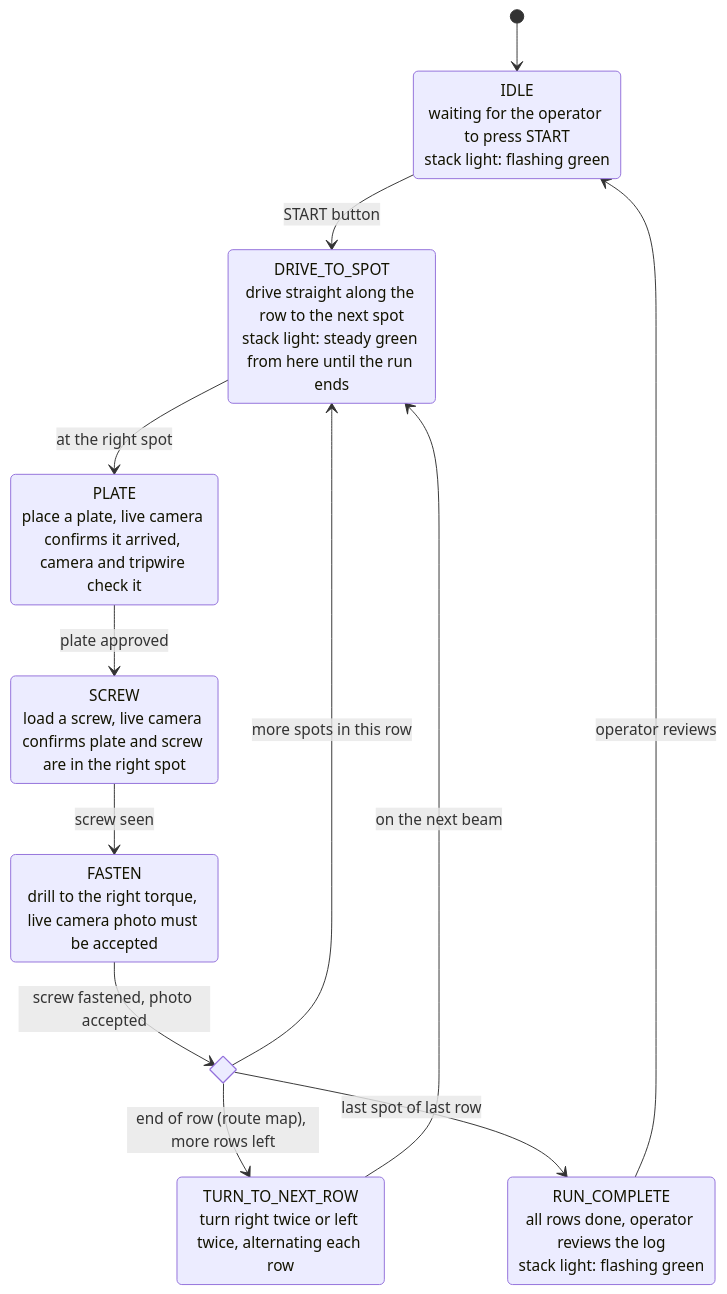
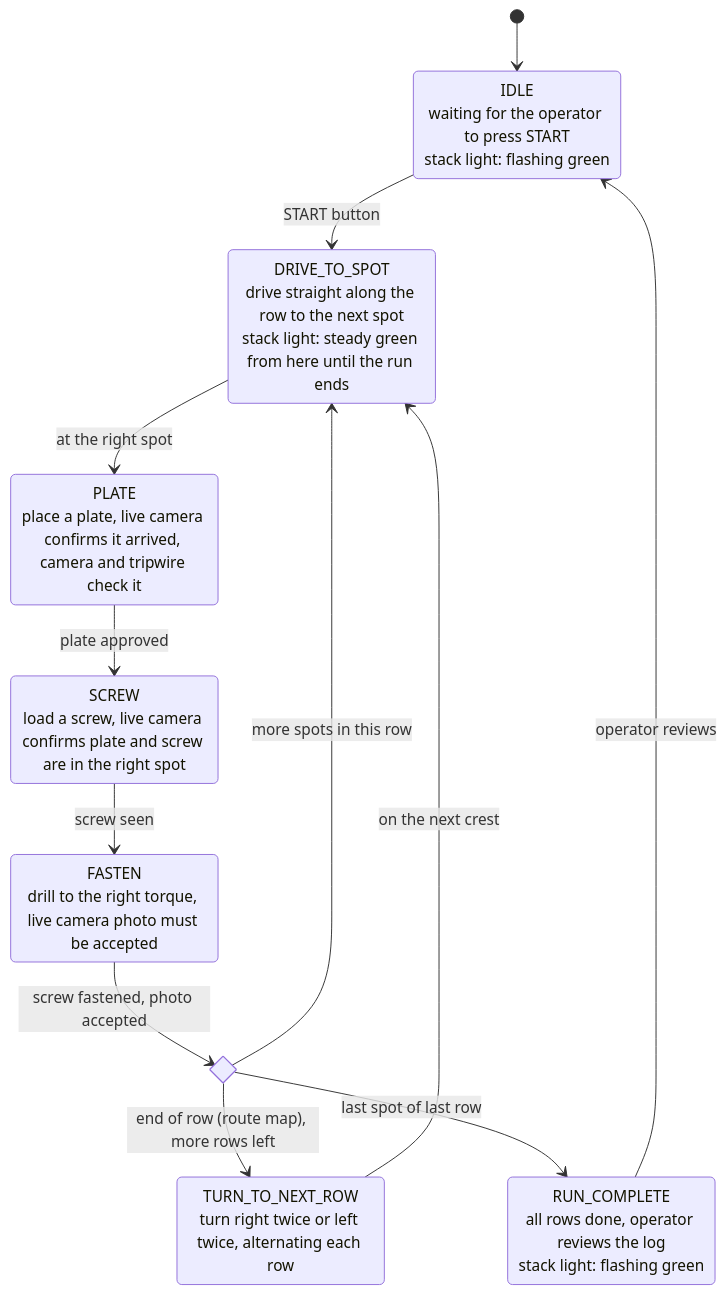
One commit to bnielse6/robotrac changed the diagram in docs/diagrams/2a_state_chart_normal_flow.mmd. Above: the diagram before and after it, drawn with Mermaid. The commit also changed 70 other files, not shown here.

```diff
--- a/docs/diagrams/2a_state_chart_normal_flow.mmd
+++ b/docs/diagrams/2a_state_chart_normal_flow.mmd
@@ -1,21 +1,21 @@
 stateDiagram-v2
   state "IDLE<br/>waiting for the operator to press START<br/>stack light: flashing green" as IDLE
   state "DRIVE_TO_SPOT<br/>drive straight along the row to the next spot<br/>stack light: steady green from here until the run ends" as DRIVE
   state "PLATE<br/>place a plate, live camera confirms it arrived, camera and tripwire check it" as PLATE
   state "SCREW<br/>load a screw, live camera confirms plate and screw are in the right spot" as SCREW
   state "FASTEN<br/>drill to the right torque, live camera photo must be accepted" as FASTEN
   state ROW_CHECK <<choice>>
   state "TURN_TO_NEXT_ROW<br/>turn right twice or left twice, alternating each row" as TURN
   state "RUN_COMPLETE<br/>all rows done, operator reviews the log<br/>stack light: flashing green" as DONE
 
   [*] --> IDLE
   IDLE --> DRIVE : START button
   DRIVE --> PLATE : at the right spot
   PLATE --> SCREW : plate approved
   SCREW --> FASTEN : screw seen
   FASTEN --> ROW_CHECK : screw fastened, photo accepted
   ROW_CHECK --> DRIVE : more spots in this row
   ROW_CHECK --> TURN : end of row (route map), more rows left
   ROW_CHECK --> DONE : last spot of last row
-  TURN --> DRIVE : on the next beam
+  TURN --> DRIVE : on the next crest
   DONE --> IDLE : operator reviews
```
